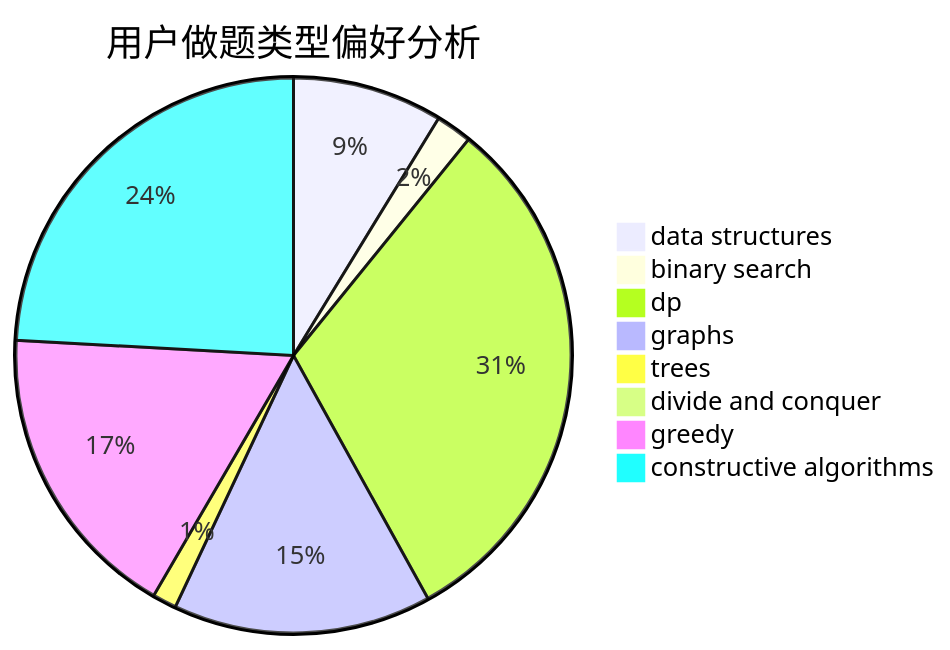
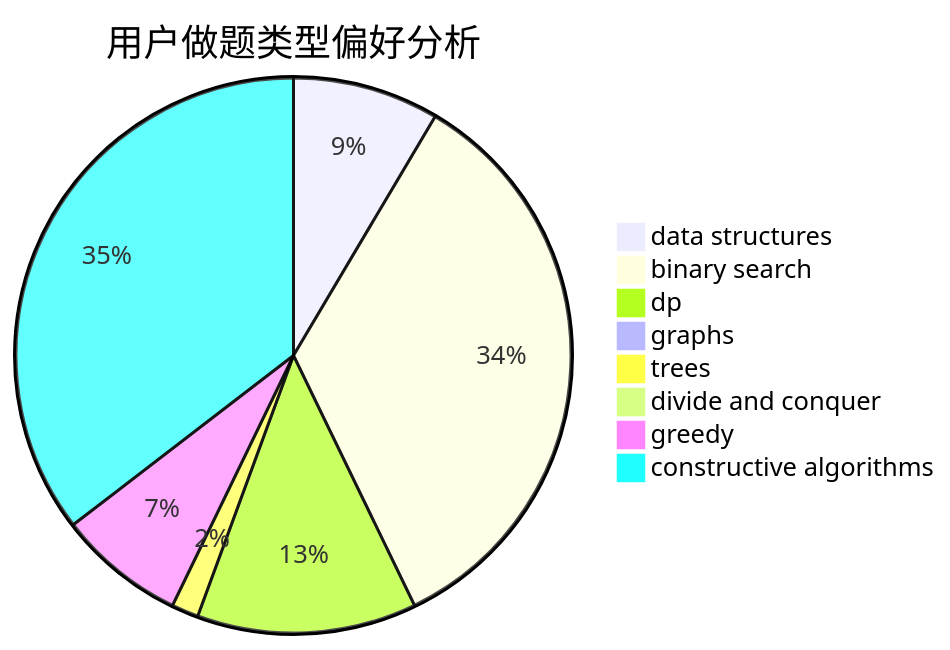
Before and after one commit to sherpahu/cfrs.github.io: the second of 3 diagrams in docs/user/u294.md, drawn with Mermaid. The commit also changed other lines of this file and 2770 other files, not shown here.

````diff
--- a/docs/user/u294.md
+++ b/docs/user/u294.md
@@ -23,11 +23,11 @@
 ```mermaid
 pie title 用户做题类型偏好分析
-    "data structures" :  25
-    "binary search" :  6
-    "dp" :  89
-    "graphs" :  43
-    "trees" :  4
+    "data structures" :  38
+    "binary search" :  153
+    "dp" :  57
+    "graphs" :  1
+    "trees" :  7
     "divide and conquer" :  0
-    "greedy" :  50
-    "constructive algorithms" :  69
+    "greedy" :  33
+    "constructive algorithms" :  158
 ```
````
